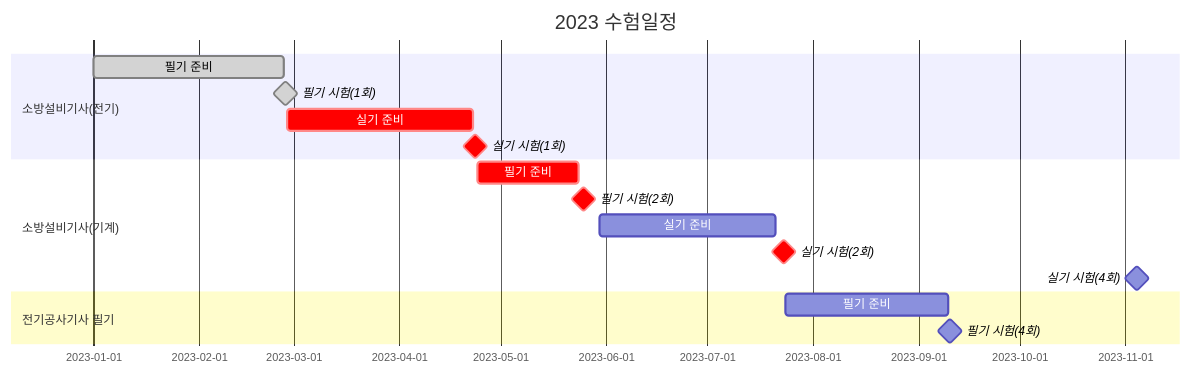
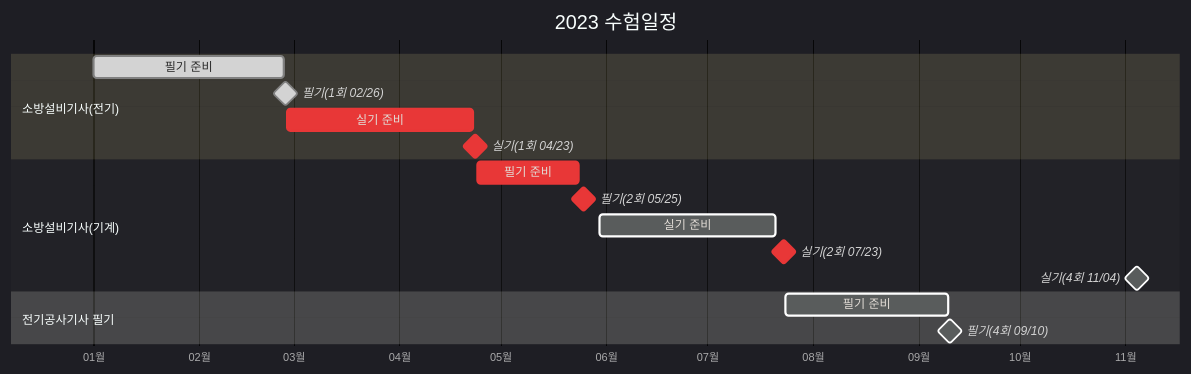
One commit to Kim-MenBoong/Kim-MenBoong.github.io changed the diagram in _pages/category-소방설비.md. Above: the diagram before and after it, drawn with Mermaid. The commit also changed other lines of this file, not shown here.

```diff
--- a/_pages/category-소방설비.md
+++ b/_pages/category-소방설비.md
@@ -9,22 +8,25 @@
 <div class="mermaid"> 
+%%{init: {'theme':'dark'}}%%
 gantt
   title 2023 수험일정  
   dateFormat  YYYY-MM-DD
+  axisFormat %m월
+  tickInterval 1month
 
   section 소방설비기사(전기)
   필기 준비       :done,             FE_Cbt_Study, 2023-01-01, 56d
-  필기 시험(1회)  :milestone, done,  FE_Cbt_Test, 2023-02-26, 1d
+  필기(1회 02/26)  :milestone, done,  FE_Cbt_Test, 2023-02-26, 1d
   실기 준비       :crit,             FE_Write_Study, after FE_Cbt_Test, 55d
-  실기 시험(1회)  :milestone, crit,  FE_Write_Test, 2023-04-23, 1d
+  실기(1회 04/23)  :milestone, crit,  FE_Write_Test, 2023-04-23, 1d
 
   Section 소방설비기사(기계)
   필기 준비       :crit,             FM_Cbt_Study, 2023-04-24, 30d
-  필기 시험(2회)  :milestone, crit,  FM_Cbt_Test, 2023-05-25, 1d
+  필기(2회 05/25)  :milestone, crit,  FM_Cbt_Test, 2023-05-25, 1d
   실기 준비       :                  FM_Write_Study, 2023-05-30, 52d
-  실기 시험(2회)  :milestone, crit,  FM_Write_Test, 2023-07-23, 1d
-  실기 시험(4회)  :milestone,        FM_Write_Test4, 2023-11-04, 1d
+  실기(2회 07/23)  :milestone, crit,  FM_Write_Test, 2023-07-23, 1d
+  실기(4회 11/04)  :milestone,        FM_Write_Test4, 2023-11-04, 1d
   
   Section 전기공사기사 필기
   필기 준비       :                  EL_CBT_Study, 2023-07-24, 48d
-  필기 시험(4회)  : milestone,       EL_CBT_Test, 2023-09-10, 1d
+  필기(4회 09/10)  : milestone,       EL_CBT_Test, 2023-09-10, 1d
 </div>
```
